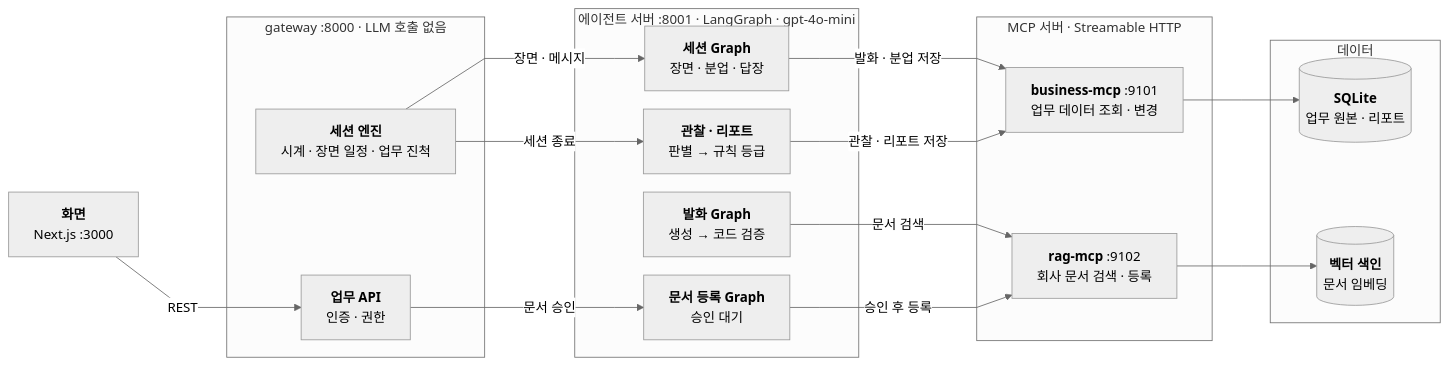
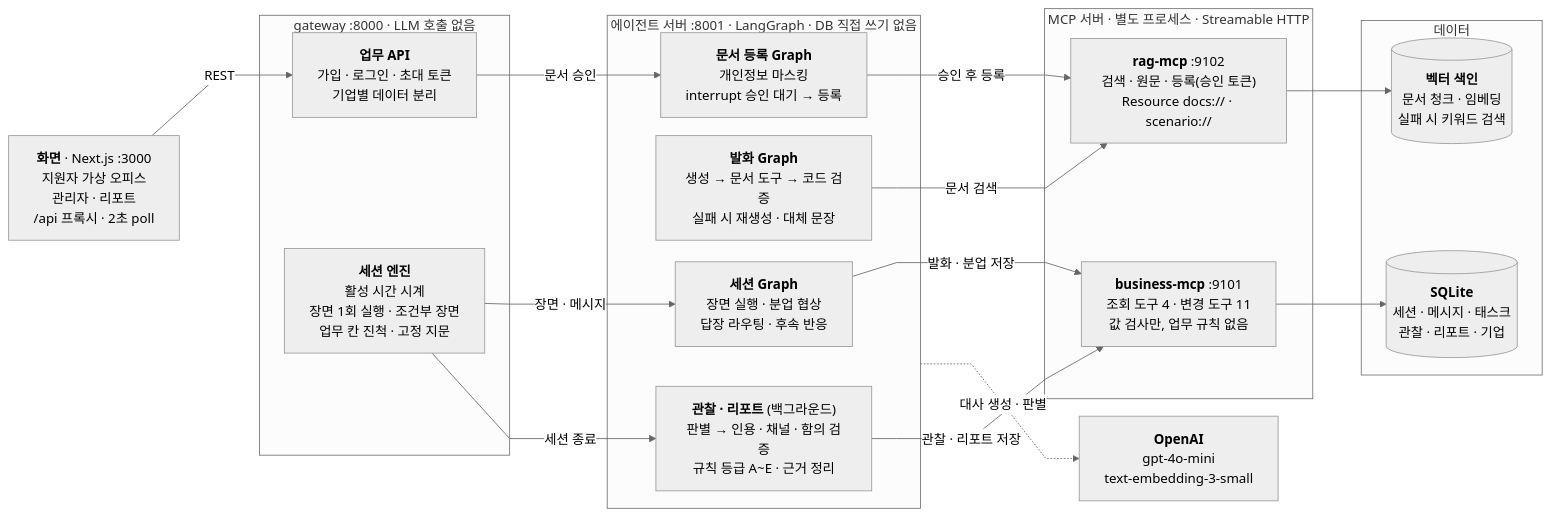
The first of 2 diagrams in README.md (SKALA-AI-meeting/DayZer0_ahrdyrxkddhfl), drawn with Mermaid before and after one commit. The commit also changed other lines of this file and 25 other files, not shown here.

````diff
--- a/README.md
+++ b/README.md
@@ -81,40 +81,43 @@
 ```mermaid
-%%{init: {"theme": "neutral", "flowchart": {"curve": "linear", "nodeSpacing": 22, "rankSpacing": 70}}}%%
+%%{init: {"theme": "neutral", "flowchart": {"curve": "linear", "nodeSpacing": 22, "rankSpacing": 60}}}%%
 flowchart LR
-    Web["<b>화면</b><br/>Next.js :3000"]
+    Web["<b>화면</b> · Next.js :3000<br/>지원자 가상 오피스<br/>관리자 · 리포트<br/>/api 프록시 · 2초 poll"]
 
     subgraph GWP["gateway :8000 · LLM 호출 없음"]
-        API["<b>업무 API</b><br/>인증 · 권한"]
-        Engine["<b>세션 엔진</b><br/>시계 · 장면 일정 · 업무 진척"]
+        Engine["<b>세션 엔진</b><br/>활성 시간 시계<br/>장면 1회 실행 · 조건부 장면<br/>업무 칸 진척 · 고정 지문"]
+        API["<b>업무 API</b><br/>가입 · 로그인 · 초대 토큰<br/>기업별 데이터 분리"]
     end
 
-    subgraph AGP["에이전트 서버 :8001 · LangGraph · gpt-4o-mini"]
-        SG["<b>세션 Graph</b><br/>장면 · 분업 · 답장"]
-        SPK["<b>발화 Graph</b><br/>생성 → 코드 검증"]
-        OBS["<b>관찰 · 리포트</b><br/>판별 → 규칙 등급"]
-        DOC["<b>문서 등록 Graph</b><br/>승인 대기"]
+    subgraph AGP["에이전트 서버 :8001 · LangGraph · DB 직접 쓰기 없음"]
+        SG["<b>세션 Graph</b><br/>장면 실행 · 분업 협상<br/>답장 라우팅 · 후속 반응"]
+        SPK["<b>발화 Graph</b><br/>생성 → 문서 도구 → 코드 검증<br/>실패 시 재생성 · 대체 문장"]
+        OBS["<b>관찰 · 리포트</b> (백그라운드)<br/>판별 → 인용 · 채널 · 함의 검증<br/>규칙 등급 A~E · 근거 정리"]
+        DOC["<b>문서 등록 Graph</b><br/>개인정보 마스킹<br/>interrupt 승인 대기 → 등록"]
     end
 
-    subgraph MCPP["MCP 서버 · Streamable HTTP"]
-        Business["<b>business-mcp</b> :9101<br/>업무 데이터 조회 · 변경"]
-        RAG["<b>rag-mcp</b> :9102<br/>회사 문서 검색 · 등록"]
+    subgraph MCPP["MCP 서버 · 별도 프로세스 · Streamable HTTP"]
+        Business["<b>business-mcp</b> :9101<br/>조회 도구 4 · 변경 도구 11<br/>값 검사만, 업무 규칙 없음"]
+        RAG["<b>rag-mcp</b> :9102<br/>검색 · 원문 · 등록(승인 토큰)<br/>Resource docs:// · scenario://"]
     end
 
+    Model["<b>OpenAI</b><br/>gpt-4o-mini<br/>text-embedding-3-small"]
+
     subgraph DATA["데이터"]
-        DB[("<b>SQLite</b><br/>업무 원본 · 리포트")]
-        Vec[("<b>벡터 색인</b><br/>문서 임베딩")]
+        DB[("<b>SQLite</b><br/>세션 · 메시지 · 태스크<br/>관찰 · 리포트 · 기업")]
+        Vec[("<b>벡터 색인</b><br/>문서 청크 · 임베딩<br/>실패 시 키워드 검색")]
     end
 
     Web -->|"REST"| API
     Web ~~~ Engine
+    Engine ~~~ SPK
     Engine -->|"장면 · 메시지"| SG
-    Engine ~~~ SPK
     Engine -->|"세션 종료"| OBS
     API -->|"문서 승인"| DOC
+    OBS -->|"관찰 · 리포트 저장"| Business
     SG -->|"발화 · 분업 저장"| Business
-    OBS -->|"관찰 · 리포트 저장"| Business
+    AGP -.->|"대사 생성 · 판별"| Model
     SPK -->|"문서 검색"| RAG
     DOC -->|"승인 후 등록"| RAG
     Business --> DB
     RAG --> Vec
 ```
````
